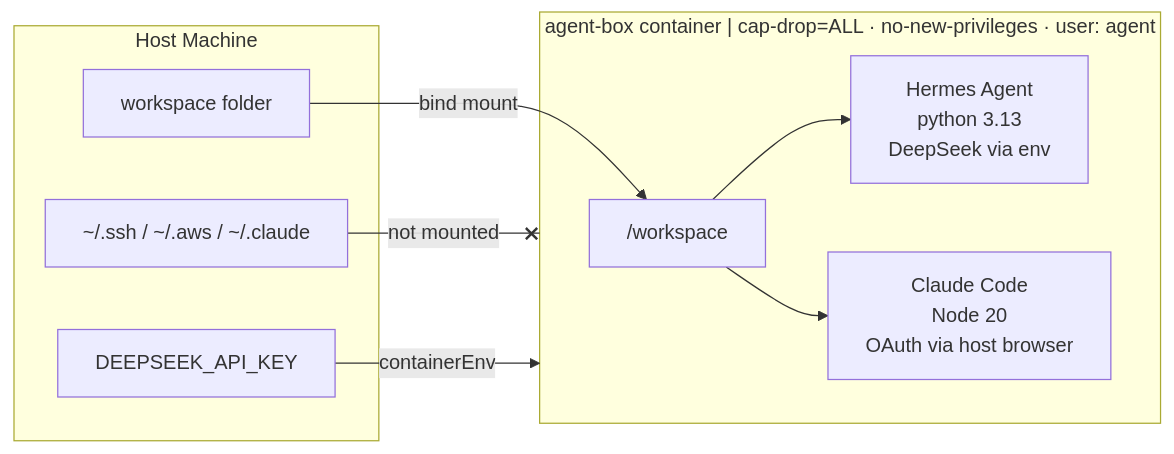
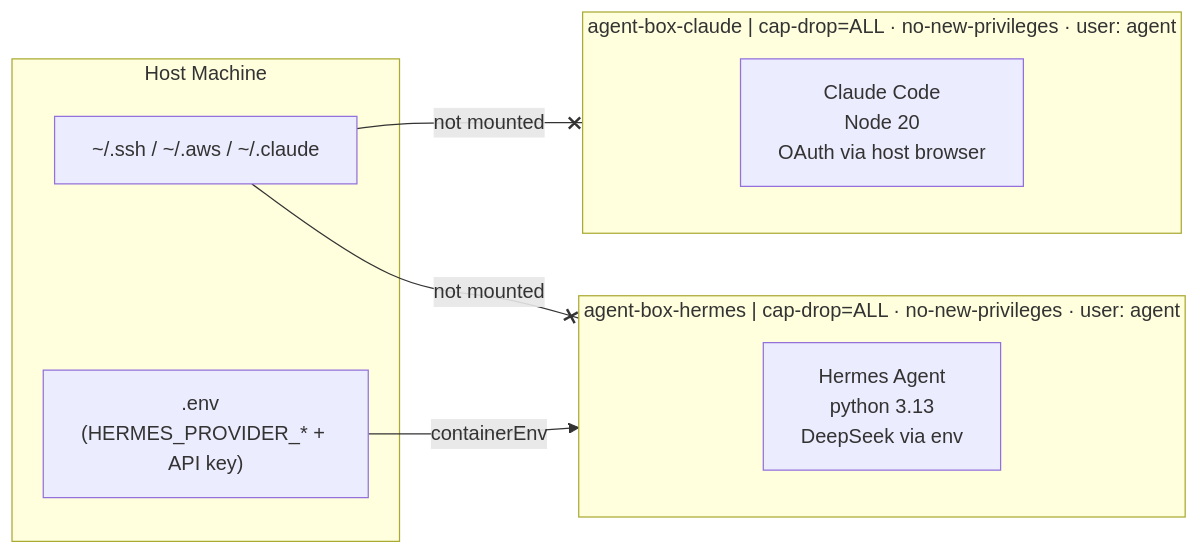
One commit to Warlord77/ai_sre changed the diagram in agent-box/README.md. Above: the diagram before and after it, drawn with Mermaid. The commit also changed other lines of this file and 13 other files, not shown here.

Commit message:
refactor: config-driven agent-box with single Dockerfile, agents.json, and unified start script

````diff
--- a/agent-box/README.md
+++ b/agent-box/README.md
@@ -27,19 +27,19 @@
 ```mermaid
 flowchart LR
     subgraph host["Host Machine"]
         creds["~/.ssh / ~/.aws / ~/.claude"]
-        wsf["workspace folder"]
-        key["DEEPSEEK_API_KEY"]
+        env[".env  (HERMES_PROVIDER_* + API key)"]
     end
 
-    subgraph container["agent-box container  |  cap-drop=ALL · no-new-privileges · user: agent"]
-        ws["/workspace"]
+    subgraph hermes_container["agent-box-hermes  |  cap-drop=ALL · no-new-privileges · user: agent"]
         hermes["Hermes Agent\npython 3.13\nDeepSeek via env"]
-        cc["Claude Code\nNode 20\nOAuth via host browser"]
-        ws --> hermes & cc
     end
 
-    creds --x|"not mounted"| container
-    wsf -->|"bind mount"| ws
-    key -->|"containerEnv"| container
+    subgraph claude_container["agent-box-claude  |  cap-drop=ALL · no-new-privileges · user: agent"]
+        cc["Claude Code\nNode 20\nOAuth via host browser"]
+    end
+
+    creds --x|"not mounted"| hermes_container
+    creds --x|"not mounted"| claude_container
+    env -->|"containerEnv"| hermes_container
 ```
````
